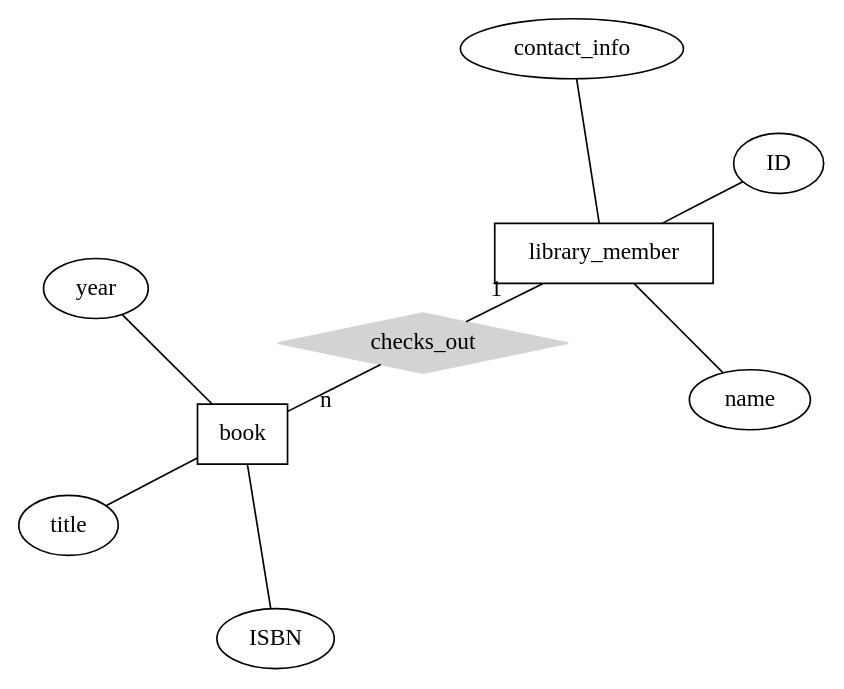
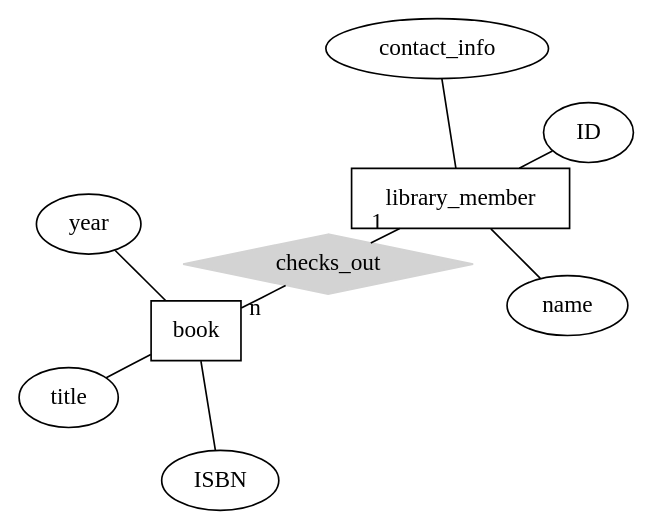
Before and after one commit to cmsc-vcu/cmsc508-fa2023-hw2-camslam13: the first of 2 diagrams in hw2/README.qmd, drawn with Graphviz. The commit also changed 1 other file, not shown here.

Commit message:
my first commit to this repo

````diff
--- a/hw2/README.qmd
+++ b/hw2/README.qmd
@@ -21,20 +21,20 @@
 ```{dot}
 //| echo: false
 graph ER {
     layout=neato;
-    scale=1.5;
+    scale=1.1;
     node [shape=box]; book; library_member;
     node [shape=ellipse]; name, contact_info, ID, year, title, ISBN
     node [shape=diamond,style=filled,color=lightgrey]; checks_out
     
     library_member -- checks_out [label="1",len=1.00]
     checks_out -- book [label="n",len=1.00]
     
     library_member -- ID
     library_member -- name
     library_member -- contact_info
     book -- year
     book -- title
     book -- ISBN
 }
 ```
````
